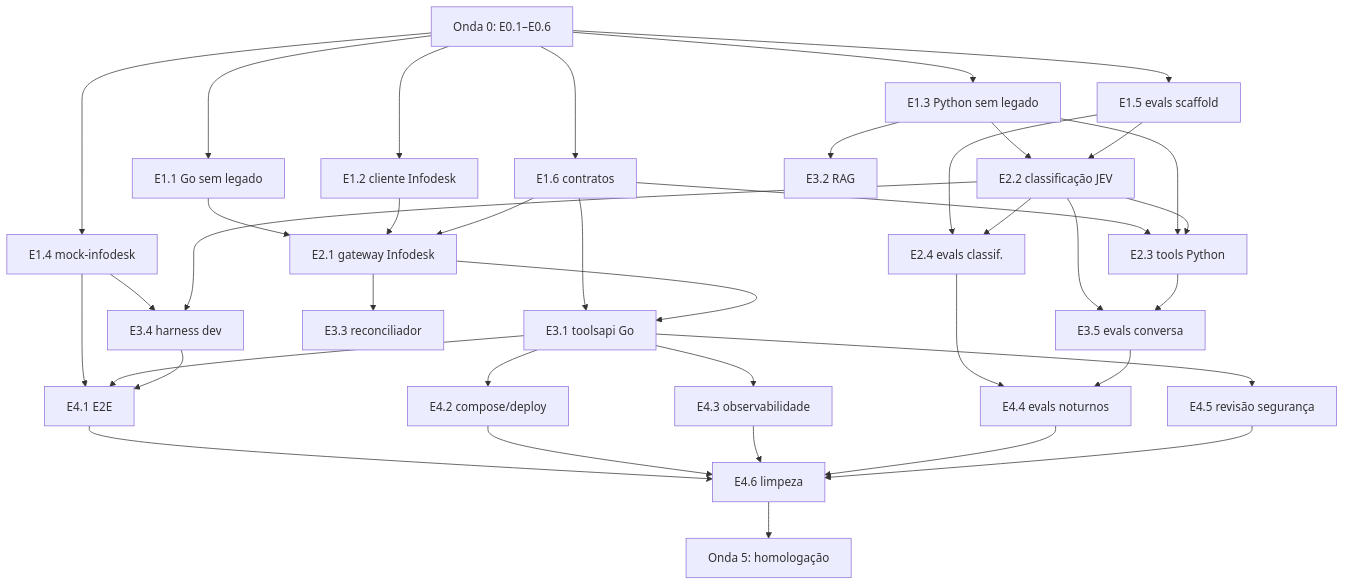
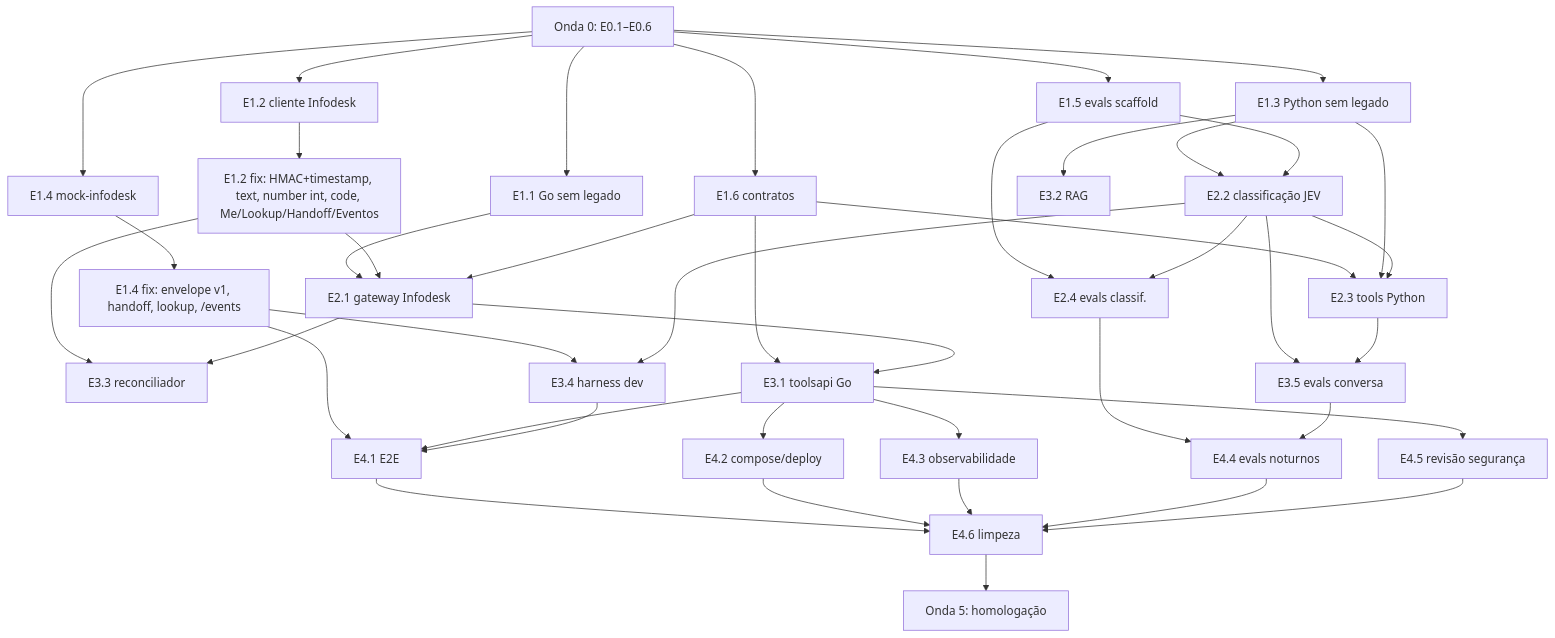
One commit to Danilim04/sofia-agente-ia-infominas changed the diagram in docs/plano/03-etapas.md. Above: the diagram before and after it, drawn with Mermaid. The commit also changed other lines of this file and 19 other files, not shown here.

````diff
--- a/docs/plano/03-etapas.md
+++ b/docs/plano/03-etapas.md
@@ -126,25 +140,28 @@
 ```mermaid
 flowchart TB
     O0[Onda 0: E0.1–E0.6] --> E11 & E12 & E13 & E14 & E15 & E16
     E11[E1.1 Go sem legado] --> E21
-    E12[E1.2 cliente Infodesk] --> E21
+    E12[E1.2 cliente Infodesk] --> E12fix[E1.2 fix: HMAC+timestamp, text, number int, code, Me/Lookup/Handoff/Eventos]
+    E12fix --> E21 & E33
+    E14 --> E14fix[E1.4 fix: envelope v1, handoff, lookup, /events]
+    E14fix --> E34 & E41
     E16[E1.6 contratos] --> E21 & E23 & E31
     E13[E1.3 Python sem legado] --> E22 & E23 & E32
     E15[E1.5 evals scaffold] --> E22 & E24
-    E14[E1.4 mock-infodesk] --> E34 & E41
+    E14[E1.4 mock-infodesk]
     E21[E2.1 gateway Infodesk] --> E31 & E33
     E22[E2.2 classificação JEV] --> E23 & E24 & E34 & E35
     E23[E2.3 tools Python] --> E35
     E24[E2.4 evals classif.] --> E44
     E31[E3.1 toolsapi Go] --> E41 & E42 & E43 & E45
     E32[E3.2 RAG]
     E33[E3.3 reconciliador]
     E34[E3.4 harness dev] --> E41
     E35[E3.5 evals conversa] --> E44
     E41[E4.1 E2E] --> E46
     E42[E4.2 compose/deploy] --> E46
     E43[E4.3 observabilidade] --> E46
     E44[E4.4 evals noturnos] --> E46
     E45[E4.5 revisão segurança] --> E46
     E46[E4.6 limpeza] --> O5[Onda 5: homologação]
 ```
````
